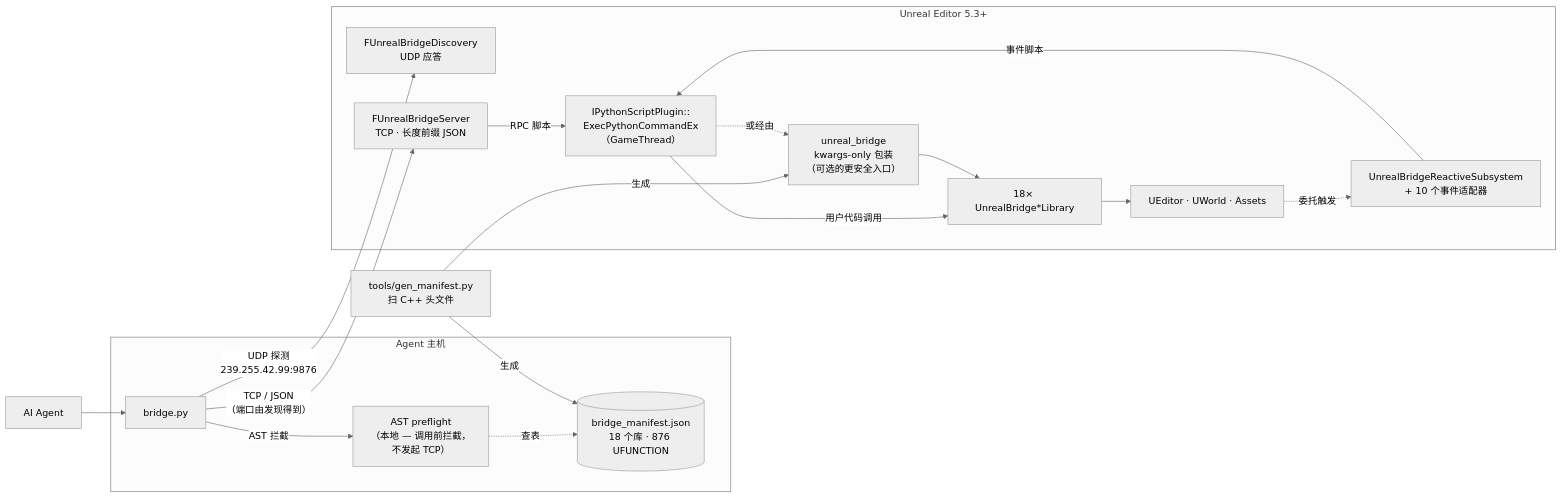
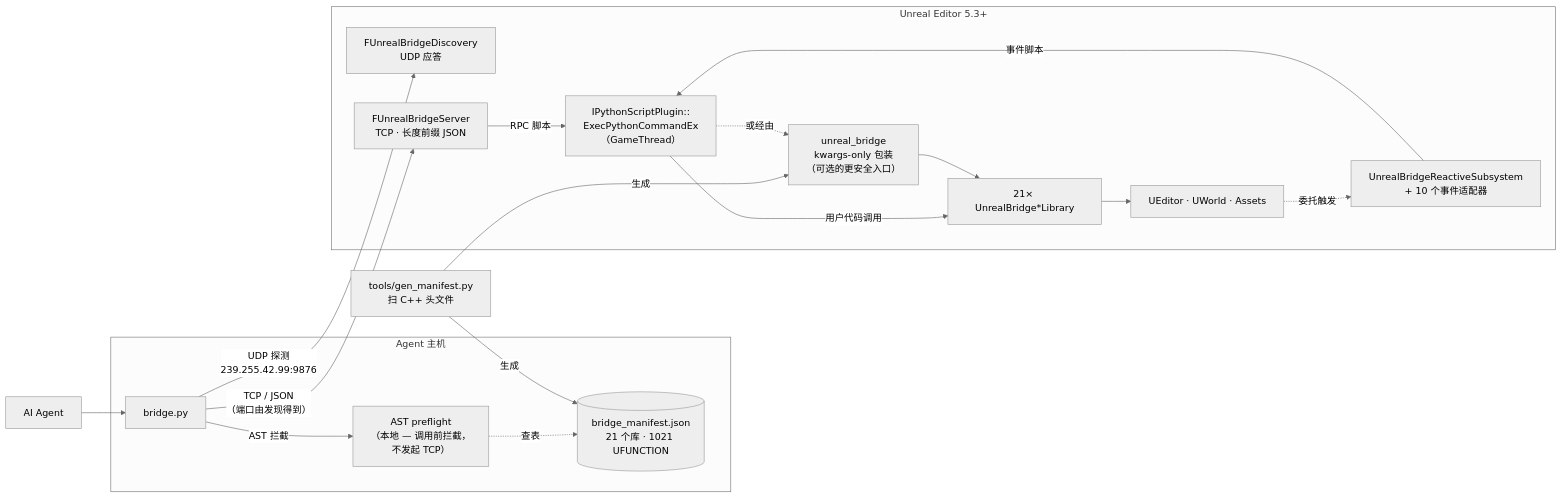
One commit to Jeffreytsai1004/UnrealBridge changed the diagram in README.zh-CN.md. Above: the diagram before and after it, drawn with Mermaid (neutral theme). The commit also changed other lines of this file and 3 other files, not shown here.

````diff
--- a/README.zh-CN.md
+++ b/README.zh-CN.md
@@ -41,40 +41,40 @@
 ```mermaid
 flowchart LR
     Agent["AI Agent"]
 
     subgraph Host["Agent 主机"]
       CLI["bridge.py"]
       Pre["AST preflight<br/>（本地 — 调用前拦截，<br/>不发起 TCP）"]
-      Mani[("bridge_manifest.json<br/>18 个库 · 876 UFUNCTION")]
+      Mani[("bridge_manifest.json<br/>21 个库 · 1021 UFUNCTION")]
     end
 
     Gen["tools/gen_manifest.py<br/>扫 C++ 头文件"]
 
     subgraph UE["Unreal Editor 5.3+"]
       Disc["FUnrealBridgeDiscovery<br/>UDP 应答"]
       Server["FUnrealBridgeServer<br/>TCP · 长度前缀 JSON"]
       Reactive["UnrealBridgeReactiveSubsystem<br/>+ 10 个事件适配器"]
       Exec["IPythonScriptPlugin::<br/>ExecPythonCommandEx<br/>（GameThread）"]
       Wrap["unreal_bridge<br/>kwargs-only 包装<br/>（可选的更安全入口）"]
-      Libs["18× UnrealBridge*Library"]
+      Libs["21× UnrealBridge*Library"]
       Engine["UEditor · UWorld · Assets"]
     end
 
     Agent --> CLI
     CLI -- "AST 拦截" --> Pre
     Pre -. "查表" .-> Mani
 
     Gen -- "生成" --> Mani
     Gen -- "生成" --> Wrap
 
     CLI -- "UDP 探测<br/>239.255.42.99:9876" --> Disc
     CLI -- "TCP / JSON<br/>（端口由发现得到）" --> Server
     Server -- "RPC 脚本" --> Exec
     Engine -. "委托触发" .-> Reactive
     Reactive -- "事件脚本" --> Exec
 
     Exec -- "用户代码调用" --> Libs
     Exec -. "或经由" .-> Wrap
     Wrap --> Libs
     Libs --> Engine
 ```
````
